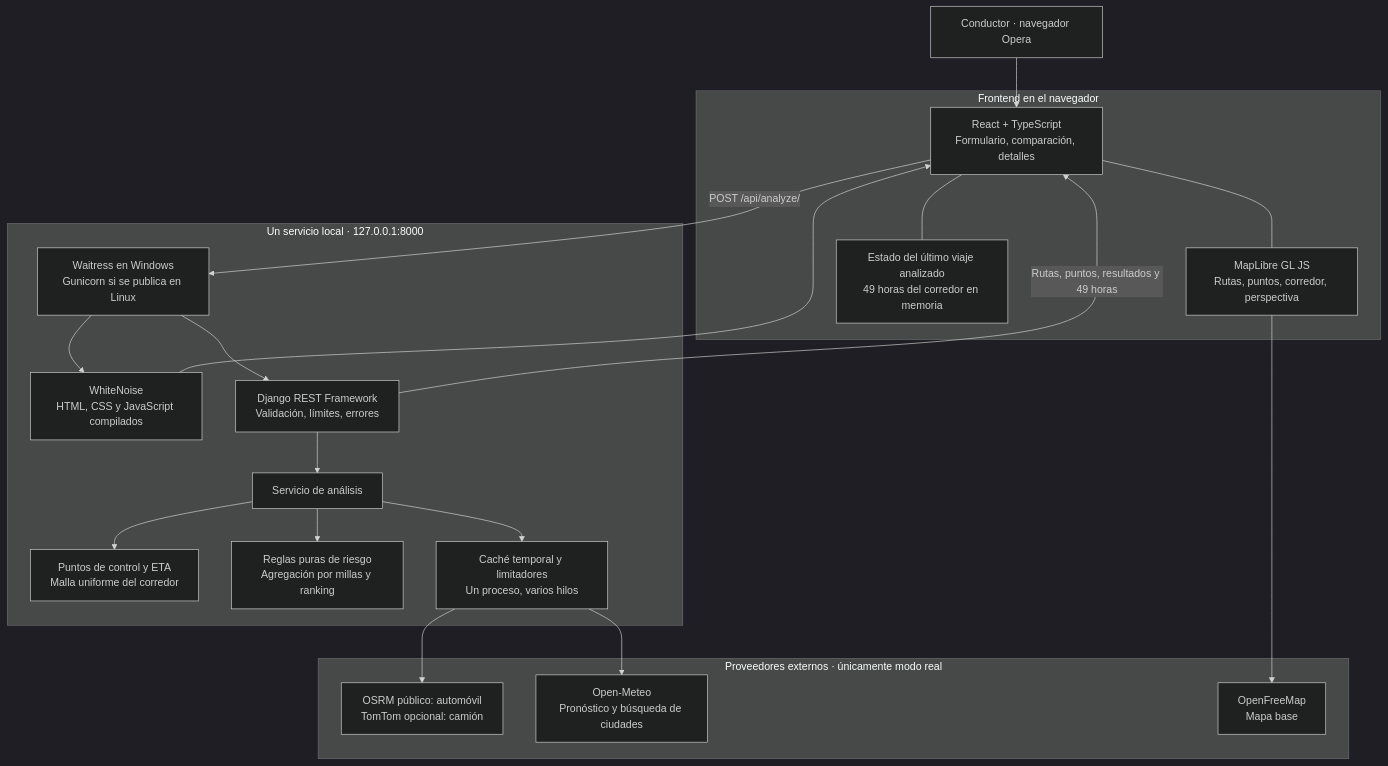
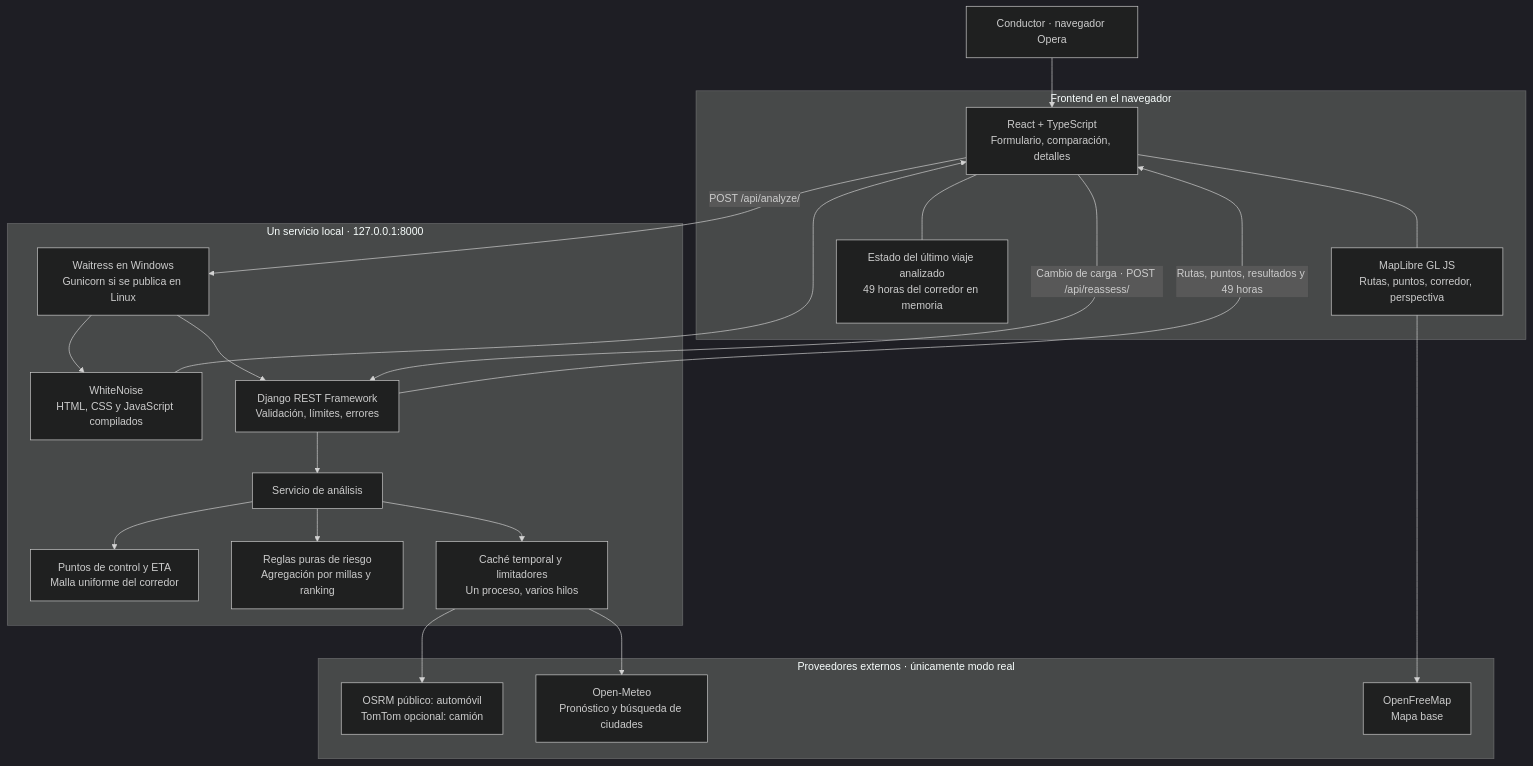
Before and after one commit to Mao20Dev/wayfinder: the diagram in docs/ARCHITECTURE.md, drawn with Mermaid (dark theme). The commit also changed other lines of this file and 28 other files, not shown here.

````diff
--- a/docs/ARCHITECTURE.md
+++ b/docs/ARCHITECTURE.md
@@ -5,37 +5,38 @@
 ```mermaid
 flowchart TB
     DRIVER["Conductor · navegador Opera"]
     subgraph BROWSER["Frontend en el navegador"]
         REACT["React + TypeScript<br/>Formulario, comparación, detalles"]
         MAP["MapLibre GL JS<br/>Rutas, puntos, corredor, perspectiva"]
         STATE["Estado del último viaje analizado<br/>49 horas del corredor en memoria"]
         REACT --- MAP
         REACT --- STATE
     end
     subgraph LOCAL["Un servicio local · 127.0.0.1:8000"]
         WSGI["Waitress en Windows<br/>Gunicorn si se publica en Linux"]
         STATIC["WhiteNoise<br/>HTML, CSS y JavaScript compilados"]
         API["Django REST Framework<br/>Validación, límites, errores"]
         ORCHESTRATOR["Servicio de análisis"]
         GEO["Puntos de control y ETA<br/>Malla uniforme del corredor"]
         RISK["Reglas puras de riesgo<br/>Agregación por millas y ranking"]
         CACHE["Caché temporal y limitadores<br/>Un proceso, varios hilos"]
         WSGI --> STATIC
         WSGI --> API --> ORCHESTRATOR
         ORCHESTRATOR --> GEO
         ORCHESTRATOR --> RISK
         ORCHESTRATOR --> CACHE
     end
     subgraph SOURCES["Proveedores externos · únicamente modo real"]
         ROUTES["OSRM público: automóvil<br/>TomTom opcional: camión"]
         WEATHER["Open-Meteo<br/>Pronóstico y búsqueda de ciudades"]
         TILES["OpenFreeMap<br/>Mapa base"]
     end
     DRIVER --> REACT
     REACT -->|"POST /api/analyze/"| WSGI
     STATIC --> REACT
     CACHE --> ROUTES
     CACHE --> WEATHER
+    REACT -->|"Cambio de carga · POST /api/reassess/"| API
     MAP --> TILES
     API -->|"Rutas, puntos, resultados y 49 horas"| REACT
 ```
````
